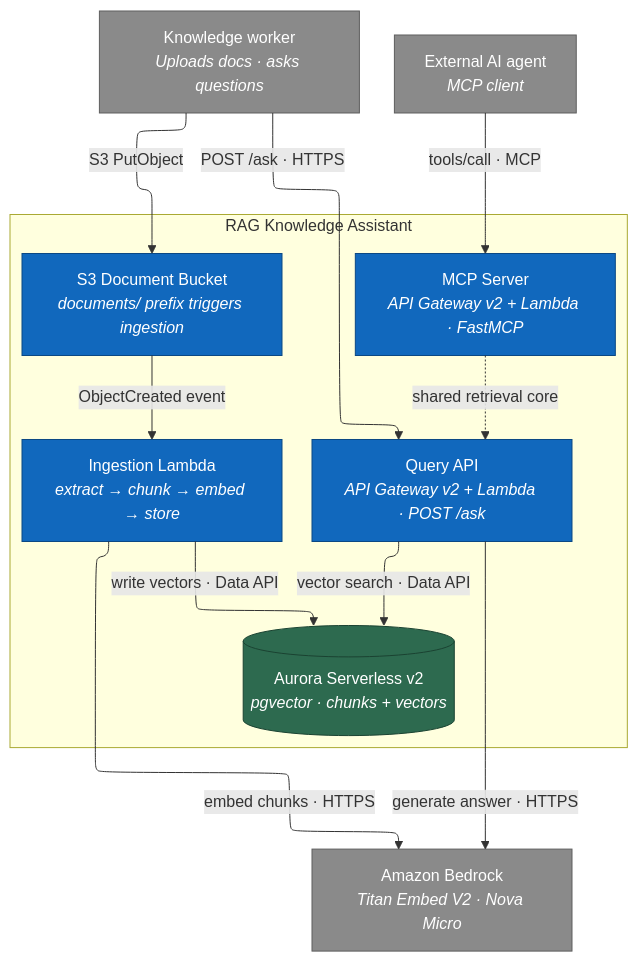
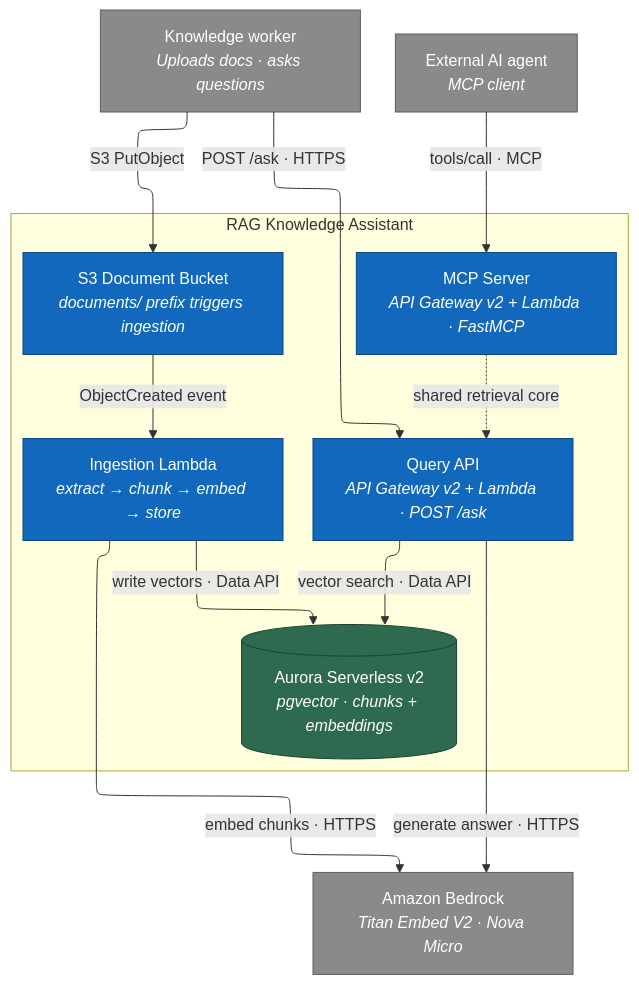
Before and after one commit to spakai/rag-mcp-assistant: the second of 2 diagrams in docs/architecture.md, drawn with Mermaid.

Commit message:
docs: restructure Level 2 diagram for clearer row layout
Two paths form natural columns (ingestion left, query right).
Aurora and Bedrock sink to their own rows as shared resources.
Bedrock moved outside the subgraph boundary (it is an external service).

````diff
--- a/docs/architecture.md
+++ b/docs/architecture.md
@@ -45,35 +45,36 @@
 ```mermaid
 ---
 config:
   layout: elk
 ---
 flowchart TB
     user["Knowledge worker<br><i>Uploads docs · asks questions</i>"]
     agent["External AI agent<br><i>MCP client</i>"]
-    bedrock["Amazon Bedrock<br><i>Titan Embed V2 · Nova Micro</i>"]
 
     subgraph rag["RAG Knowledge Assistant"]
         s3["S3 Document Bucket<br><i>documents/ prefix triggers ingestion</i>"]
+        mcpserver["MCP Server<br><i>API Gateway v2 + Lambda · FastMCP</i>"]
         ingest["Ingestion Lambda<br><i>extract → chunk → embed → store</i>"]
-        store[("Aurora Serverless v2<br><i>pgvector · chunks + vectors</i>")]
         queryapi["Query API<br><i>API Gateway v2 + Lambda · POST /ask</i>"]
-        mcpserver["MCP Server<br><i>API Gateway v2 + Lambda · FastMCP</i>"]
+        store[("Aurora Serverless v2<br><i>pgvector · chunks + embeddings</i>")]
     end
 
+    bedrock["Amazon Bedrock<br><i>Titan Embed V2 · Nova Micro</i>"]
+
     user -->|"S3 PutObject"| s3
+    agent -->|"tools/call · MCP"| mcpserver
     s3 -->|"ObjectCreated event"| ingest
+    mcpserver -. "shared retrieval core" .-> queryapi
+    user -->|"POST /ask · HTTPS"| queryapi
+    ingest -->|"write vectors · Data API"| store
+    queryapi -->|"vector search · Data API"| store
     ingest -->|"embed chunks · HTTPS"| bedrock
-    ingest -->|"write vectors · Data API"| store
-    user -->|"POST /ask · HTTPS"| queryapi
-    agent -->|"tools/call · MCP"| mcpserver
-    mcpserver -. "shared retrieval core" .-> queryapi
-    queryapi -->|"vector search · Data API"| store
     queryapi -->|"generate answer · HTTPS"| bedrock
 
     classDef internal fill:#1168bd,stroke:#0b4884,color:#fff
     classDef db fill:#2d6a4f,stroke:#1b4332,color:#fff
     classDef external fill:#8a8a8a,stroke:#5e5e5e,color:#fff
     class s3,ingest,queryapi,mcpserver internal
     class store db
     class user,agent,bedrock external
 ```
````
